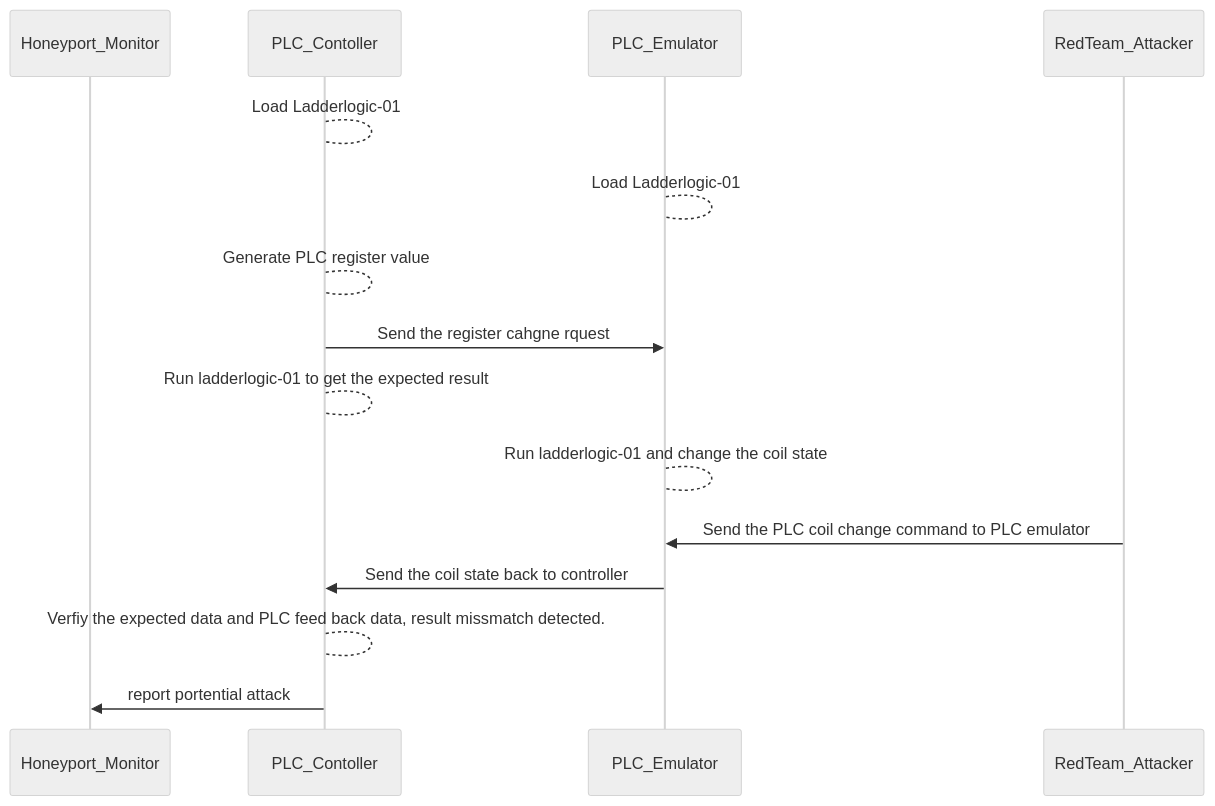
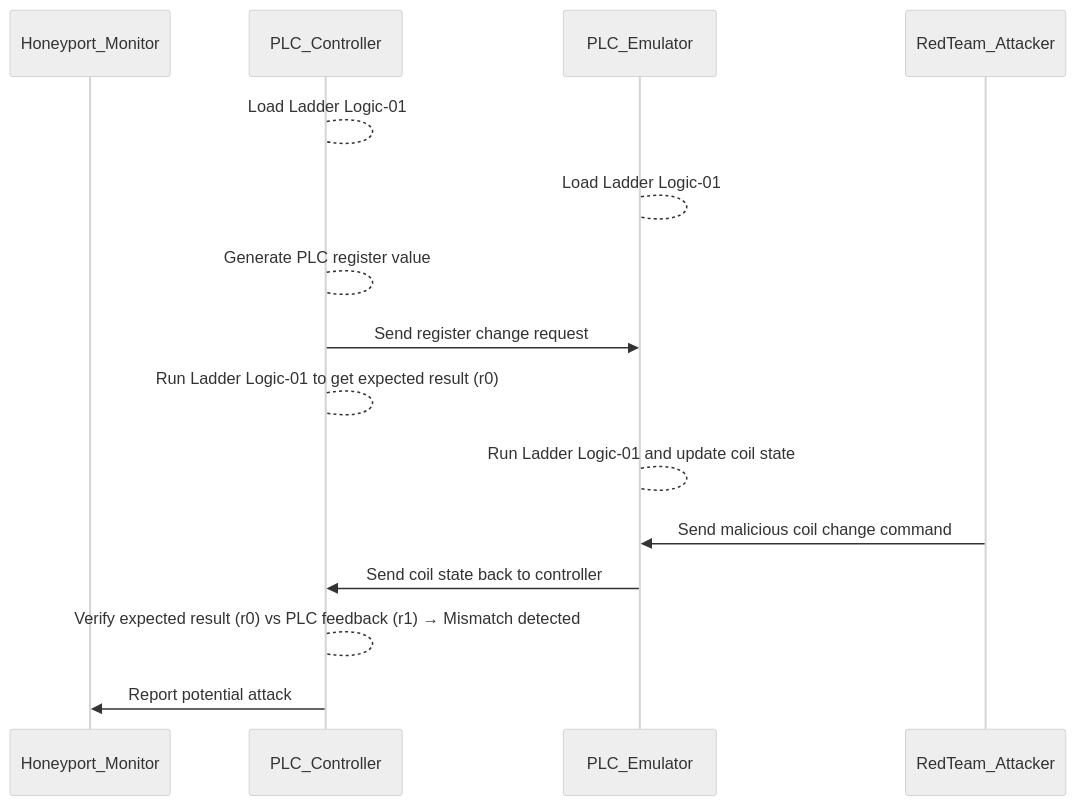
One commit to kuldeepsharma1/cyber-honey-pot changed the diagram in README.md. Above: the diagram before and after it, drawn with Mermaid (neutral theme). The commit also changed other lines of this file and 2 other files, not shown here.

````diff
--- a/README.md
+++ b/README.md
@@ -98,18 +184,18 @@
 ```mermaid
 sequenceDiagram
-	participant Honeyport_Monitor
-    participant PLC_Contoller
-    participant PLC_Emulator
-    participant RedTeam_Attacker
-    PLC_Contoller-->PLC_Contoller:Load Ladderlogic-01
-    PLC_Emulator-->PLC_Emulator:Load Ladderlogic-01
-    PLC_Contoller-->PLC_Contoller:Generate PLC register value
-    PLC_Contoller->>PLC_Emulator:Send the register cahgne rquest
-    PLC_Contoller-->PLC_Contoller:Run ladderlogic-01 to get the expected result
-    PLC_Emulator-->PLC_Emulator:Run ladderlogic-01 and change the coil state 
-    RedTeam_Attacker->>PLC_Emulator:Send the PLC coil change command to PLC emulator
-    PLC_Emulator->>PLC_Contoller:Send the coil state back to controller
-    PLC_Contoller-->PLC_Contoller:Verfiy the expected data and PLC feed back data, result missmatch detected.
-    PLC_Contoller->>Honeyport_Monitor: report portential attack
-    
+participant Honeyport_Monitor
+participant PLC_Controller
+participant PLC_Emulator
+participant RedTeam_Attacker
+
+PLC_Controller-->PLC_Controller:Load Ladder Logic-01
+PLC_Emulator-->PLC_Emulator:Load Ladder Logic-01
+PLC_Controller-->PLC_Controller:Generate PLC register value
+PLC_Controller->>PLC_Emulator:Send register change request
+PLC_Controller-->PLC_Controller:Run Ladder Logic-01 to get expected result (r0)
+PLC_Emulator-->PLC_Emulator:Run Ladder Logic-01 and update coil state
+RedTeam_Attacker->>PLC_Emulator:Send malicious coil change command
+PLC_Emulator->>PLC_Controller:Send coil state back to controller
+PLC_Controller-->PLC_Controller:Verify expected result (r0) vs PLC feedback (r1) → Mismatch detected
+PLC_Controller->>Honeyport_Monitor:Report potential attack
 ```
````
